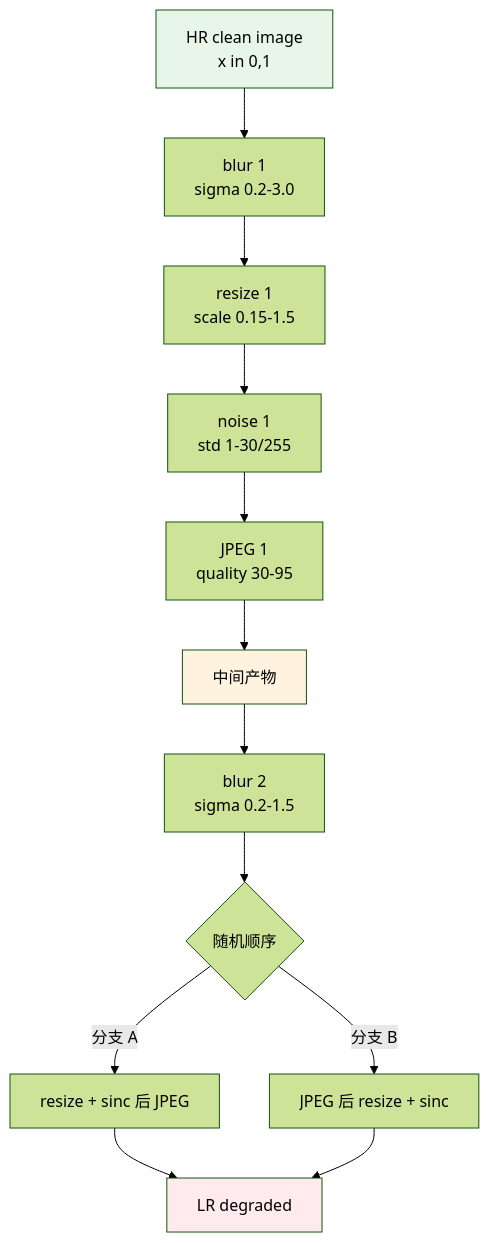
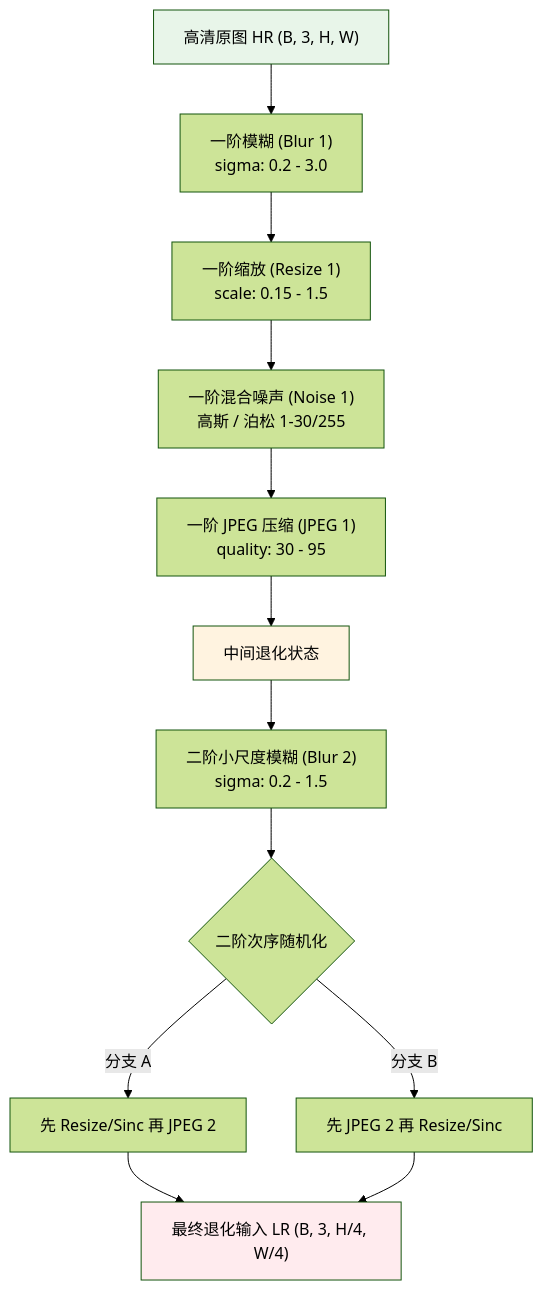
Before and after one commit to yingwang/image-enhancement-guide: the third of 5 diagrams in chapters/05-degradation-pipeline.md, drawn with Mermaid (forest theme). The commit also changed other lines of this file and 18 other files, not shown here.

````diff
--- a/chapters/05-degradation-pipeline.md
+++ b/chapters/05-degradation-pipeline.md
@@ -203,19 +148,18 @@
 ```mermaid
 graph TD
-    HR[HR clean image<br/>x in 0,1]
-    HR --> B1[blur 1<br/>sigma 0.2-3.0]
-    B1 --> R1[resize 1<br/>scale 0.15-1.5]
-    R1 --> N1[noise 1<br/>std 1-30/255]
-    N1 --> J1[JPEG 1<br/>quality 30-95]
-    J1 --> Mid[中间产物]
-    Mid --> B2[blur 2<br/>sigma 0.2-1.5]
-    B2 --> Choice{随机顺序}
-    Choice -->|分支 A| A1[resize + sinc 后 JPEG]
-    Choice -->|分支 B| A2[JPEG 后 resize + sinc]
-    A1 --> LR[LR degraded]
+    HR["高清原图 HR (B, 3, H, W)"] --> B1["一阶模糊 (Blur 1)<br/>sigma: 0.2 - 3.0"]
+    B1 --> R1["一阶缩放 (Resize 1)<br/>scale: 0.15 - 1.5"]
+    R1 --> N1["一阶混合噪声 (Noise 1)<br/>高斯 / 泊松 1-30/255"]
+    N1 --> J1["一阶 JPEG 压缩 (JPEG 1)<br/>quality: 30 - 95"]
+    J1 --> Mid["中间退化状态"]
+    Mid --> B2["二阶小尺度模糊 (Blur 2)<br/>sigma: 0.2 - 1.5"]
+    B2 --> Choice{"二阶次序随机化"}
+    Choice -->|分支 A| A1["先 Resize/Sinc 再 JPEG 2"]
+    Choice -->|分支 B| A2["先 JPEG 2 再 Resize/Sinc"]
+    A1 --> LR["最终退化输入 LR (B, 3, H/4, W/4)"]
     A2 --> LR
 
     style HR fill:#e8f5e9
     style Mid fill:#fff3e0
     style LR fill:#ffebee
 ```
````
